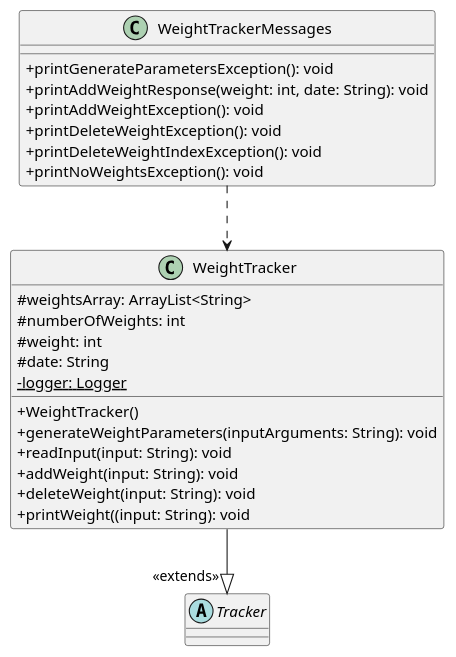
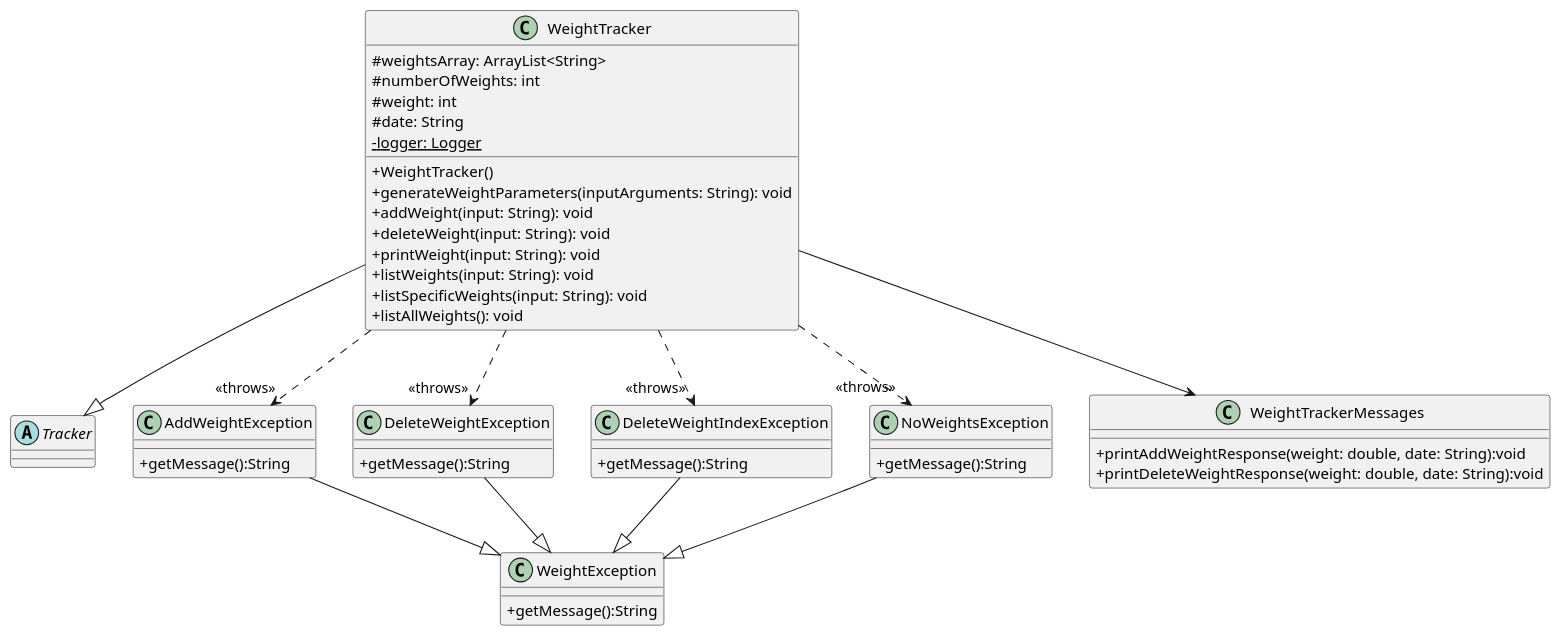
Before and after one commit to teoziyiivy/tp: the diagram in diagrams/WeightTracker_class.puml, drawn with PlantUML. The commit also changed 19 other files, not shown here.

Commit message:
Refractoring WeightTracker and editing DG

```diff
--- a/diagrams/WeightTracker_class.puml
+++ b/diagrams/WeightTracker_class.puml
@@ -1,34 +1,54 @@
 @startuml
 'https://plantuml.com/class-diagram
 skinparam classAttributeIconSize 0
 
 abstract class Tracker {
 }
 
 class WeightTracker {
 #weightsArray: ArrayList<String>
 #numberOfWeights: int
 #weight: int
 #date: String
 - {static} logger: Logger
 +WeightTracker()
 +generateWeightParameters(inputArguments: String): void
-+readInput(input: String): void
 +addWeight(input: String): void
 +deleteWeight(input: String): void
-+printWeight((input: String): void
++printWeight(input: String): void
++listWeights(input: String): void
++listSpecificWeights(input: String): void
++listAllWeights(): void
 }
 
+class AddWeightException {
++getMessage():String
+}
+class DeleteWeightException {
++getMessage():String
+}
+class DeleteWeightIndexException {
++getMessage():String
+}
+class NoWeightsException {
++getMessage():String
+}
+class WeightException {
++getMessage():String
+}
 class WeightTrackerMessages {
-+printGenerateParametersException(): void
-+printAddWeightResponse(weight: int, date: String): void
-+printAddWeightException(): void
-+printDeleteWeightException(): void
-+printDeleteWeightIndexException(): void
-+printNoWeightsException(): void
++printAddWeightResponse(weight: double, date: String):void
++printDeleteWeightResponse(weight: double, date: String):void
 }
-
-WeightTrackerMessages ..> WeightTracker
-WeightTracker --|> "<<extends>>" Tracker
+WeightTracker --> WeightTrackerMessages
+WeightTracker ..> "<<throws>>" AddWeightException
+WeightTracker ..> "<<throws>>" DeleteWeightException
+WeightTracker ..> "<<throws>>" DeleteWeightIndexException
+WeightTracker ..> "<<throws>>" NoWeightsException
+WeightTracker --|>  Tracker
+AddWeightException --|>  WeightException
+DeleteWeightException --|>  WeightException
+DeleteWeightIndexException --|>  WeightException
+NoWeightsException --|>  WeightException
 
 @enduml
```
